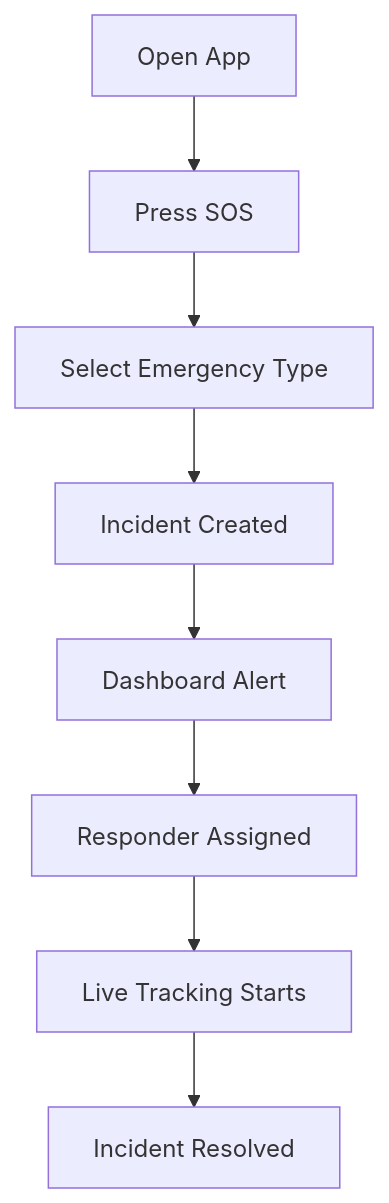
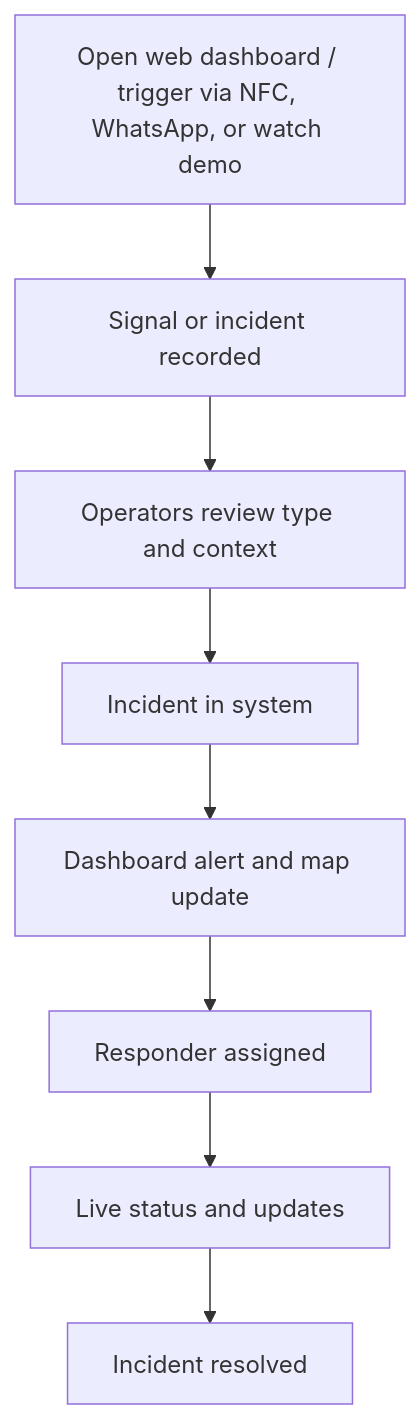
Before and after one commit to Shrit1401/PUHackathon: the fourth of 4 diagrams in README.md, drawn with Mermaid. The commit also changed other lines of this file, not shown here.

First line of the commit message:
docs: align README with web-first channels (no smartphone hero)

````diff
--- a/README.md
+++ b/README.md
@@ -324,10 +322,10 @@
 ```mermaid
 flowchart TD
-    A[Open App] --> B[Press SOS]
-    B --> C[Select Emergency Type]
-    C --> D[Incident Created]
-    D --> E[Dashboard Alert]
-    E --> F[Responder Assigned]
-    F --> G[Live Tracking Starts]
-    G --> H[Incident Resolved]
+    A[Open web dashboard / trigger via NFC, WhatsApp, or watch demo] --> B[Signal or incident recorded]
+    B --> C[Operators review type and context]
+    C --> D[Incident in system]
+    D --> E[Dashboard alert and map update]
+    E --> F[Responder assigned]
+    F --> G[Live status and updates]
+    G --> H[Incident resolved]
 ```
````
